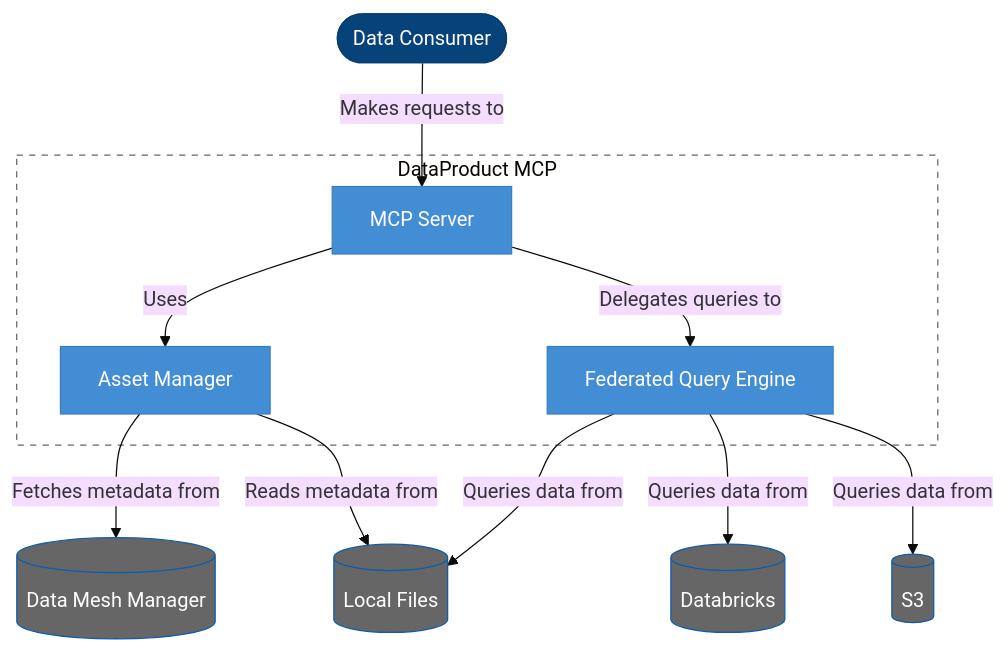
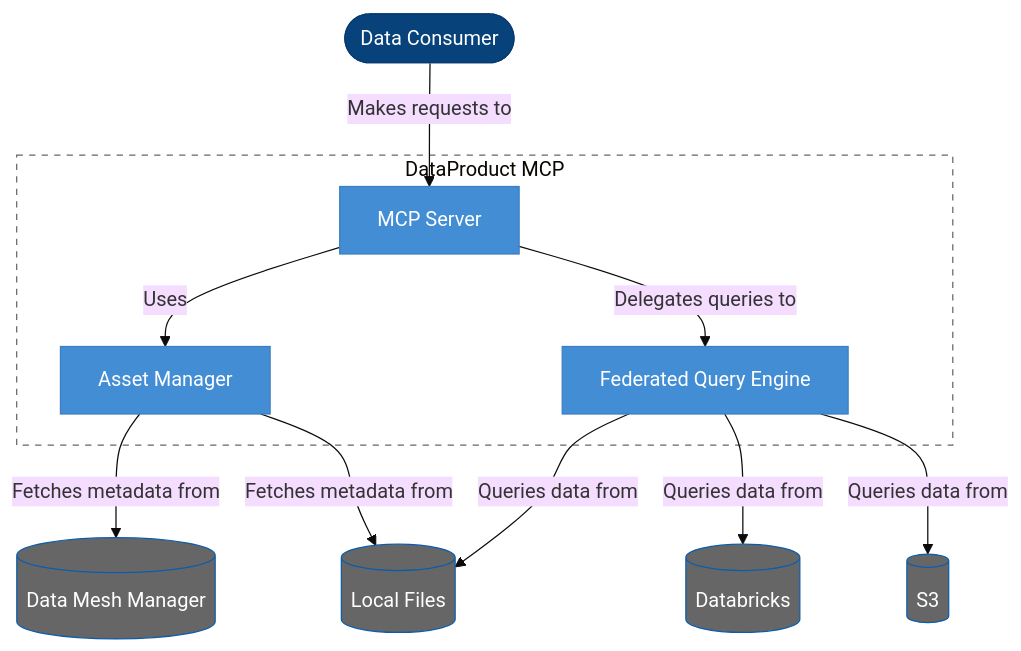
The diagram in c4/container.mmd (datacontract/datacontract-mcp), drawn with Mermaid (base theme) before and after one commit. The commit also changed 2 other files, not shown here.

```diff
--- a/c4/container.mmd
+++ b/c4/container.mmd
@@ -1,33 +1,33 @@
 graph TD
     User([Data Consumer])
     
     subgraph DataProductMCP[DataProduct MCP]
         Server[MCP Server]
         AssetManager[Asset Manager]
         QueryEngine[Federated Query Engine]
     end
     
     Databricks[(Databricks)]
     S3[(S3)]
     LocalFiles[(Local Files)]
     DataMeshManager[(Data Mesh Manager)]
     
     User -->|Makes requests to| Server
     Server -->|Uses| AssetManager
     Server -->|Delegates queries to| QueryEngine
     AssetManager -->|Fetches metadata from| DataMeshManager
-    AssetManager -->|Reads metadata from| LocalFiles
+    AssetManager -->|Fetches metadata from| LocalFiles
     QueryEngine -->|Queries data from| Databricks
     QueryEngine -->|Queries data from| S3
     QueryEngine -->|Queries data from| LocalFiles
     
     %% Styling
     classDef person fill:#08427B,stroke:#073B6F,color:#fff
     classDef container fill:#438DD5,stroke:#3C7FC0,color:#fff
     classDef external fill:#666666,stroke:#0B5DAB,color:#fff
     classDef boundary fill:none,stroke:#666666,stroke-dasharray:5 5
     
     class User person
     class Server,AssetManager,QueryEngine container
     class Databricks,S3,LocalFiles,DataMeshManager external
     class DataProductMCP boundary
```
